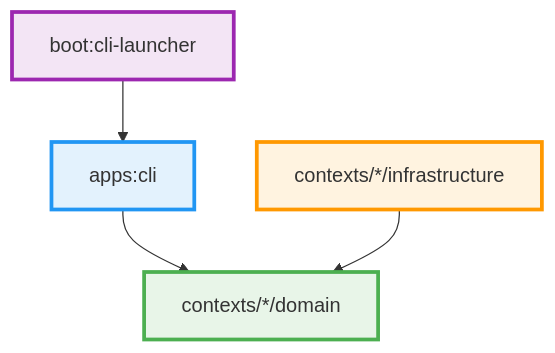
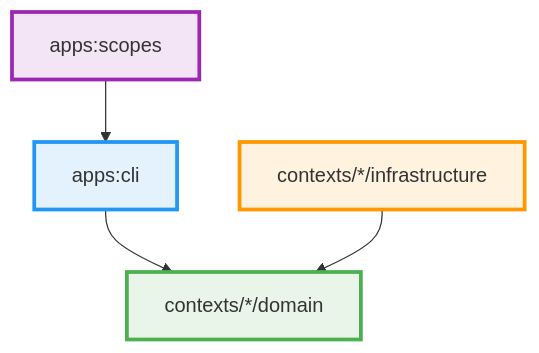
One commit to kamiazya/scopes changed the diagram in docs/guides/development-guidelines.md. Above: the diagram before and after it, drawn with Mermaid. The commit also changed other lines of this file and 20 other files, not shown here.

First line of the commit message:
refactor: Migrate boot layer to apps layer

````diff
--- a/docs/guides/development-guidelines.md
+++ b/docs/guides/development-guidelines.md
@@ -21,21 +21,21 @@
 ```mermaid
 flowchart TD
-        CLI[boot:cli-launcher]
+        CLI[apps:scopes]
         APP[apps:cli]
         DOM[contexts/*/domain]
         INF[contexts/*/infrastructure]
 
         CLI --> APP
         APP --> DOM
         INF --> DOM
 
         classDef domain fill:#e8f5e8,stroke:#4caf50,stroke-width:3px
         classDef application fill:#e3f2fd,stroke:#2196f3,stroke-width:3px
         classDef infrastructure fill:#fff3e0,stroke:#ff9800,stroke-width:3px
         classDef presentation fill:#f3e5f5,stroke:#9c27b0,stroke-width:3px
 
         class DOM domain
         class APP application
         class INF infrastructure
         class CLI presentation
 ```
````
